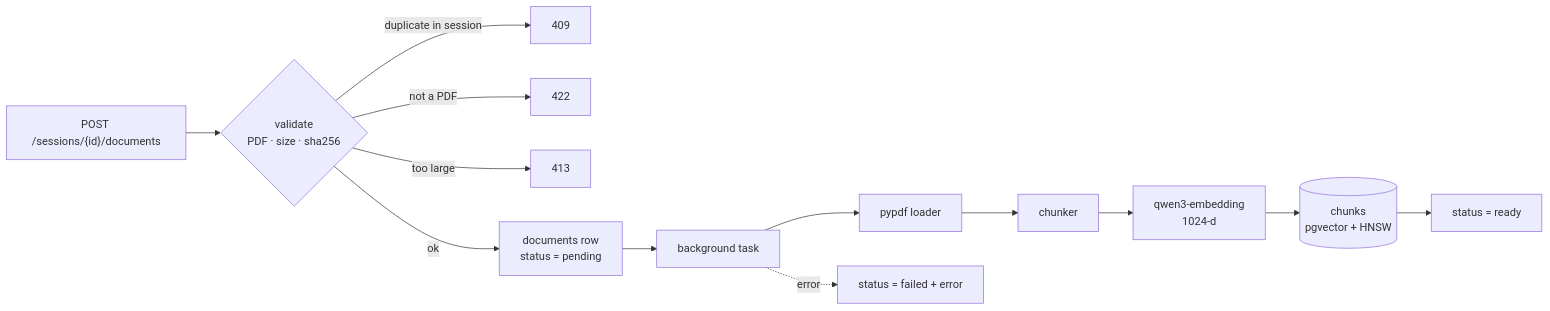
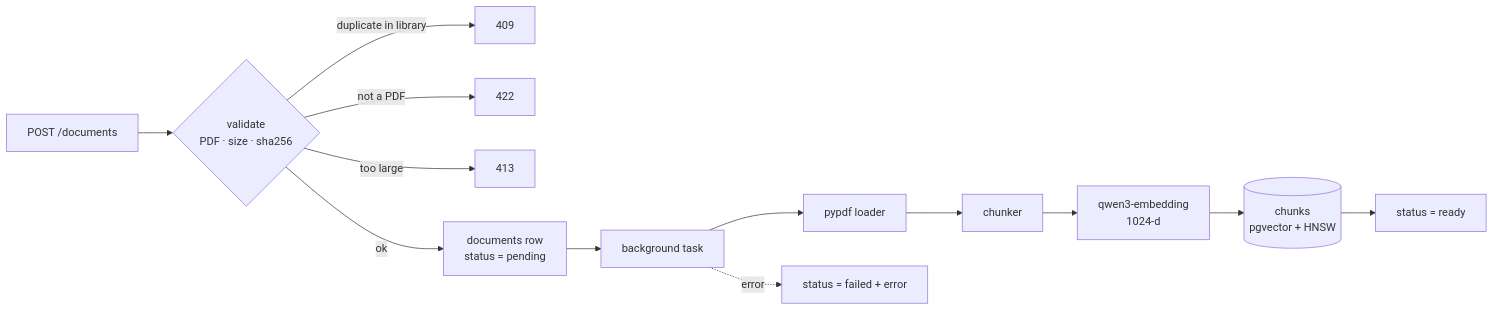
One commit to reddybharat/agentic-rag changed the fifth of 6 diagrams in docs/architecture.md. Above: the diagram before and after it, drawn with Mermaid. The commit also changed other lines of this file and 24 other files, not shown here.

````diff
--- a/docs/architecture.md
+++ b/docs/architecture.md
@@ -193,12 +193,12 @@
 ```mermaid
 flowchart LR
-    up["POST /sessions/{id}/documents"] --> val{"validate<br/>PDF · size · sha256"}
-    val -- "duplicate in session" --> dup["409"]
+    up["POST /documents"] --> val{"validate<br/>PDF · size · sha256"}
+    val -- "duplicate in library" --> dup["409"]
     val -- "not a PDF" --> bad["422"]
     val -- "too large" --> big["413"]
     val -- ok --> pend["documents row<br/>status = pending"]
     pend --> bg["background task"]
     bg --> load["pypdf loader"] --> chunk["chunker"] --> emb["qwen3-embedding<br/>1024-d"] --> store[("chunks<br/>pgvector + HNSW")]
     store --> ready["status = ready"]
     bg -. error .-> failed["status = failed + error"]
 ```
````
